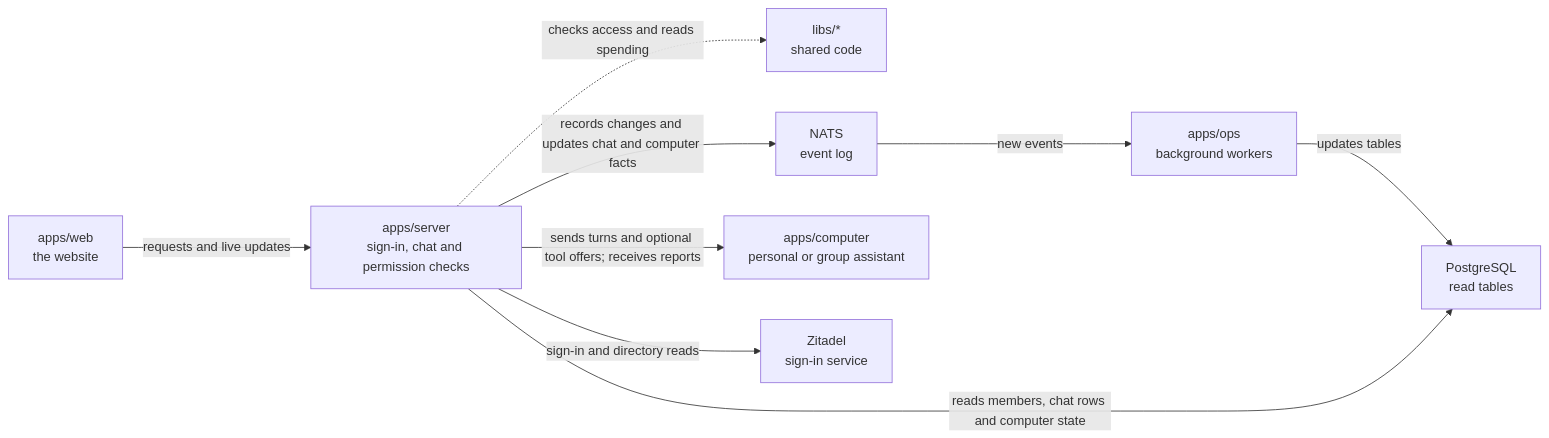
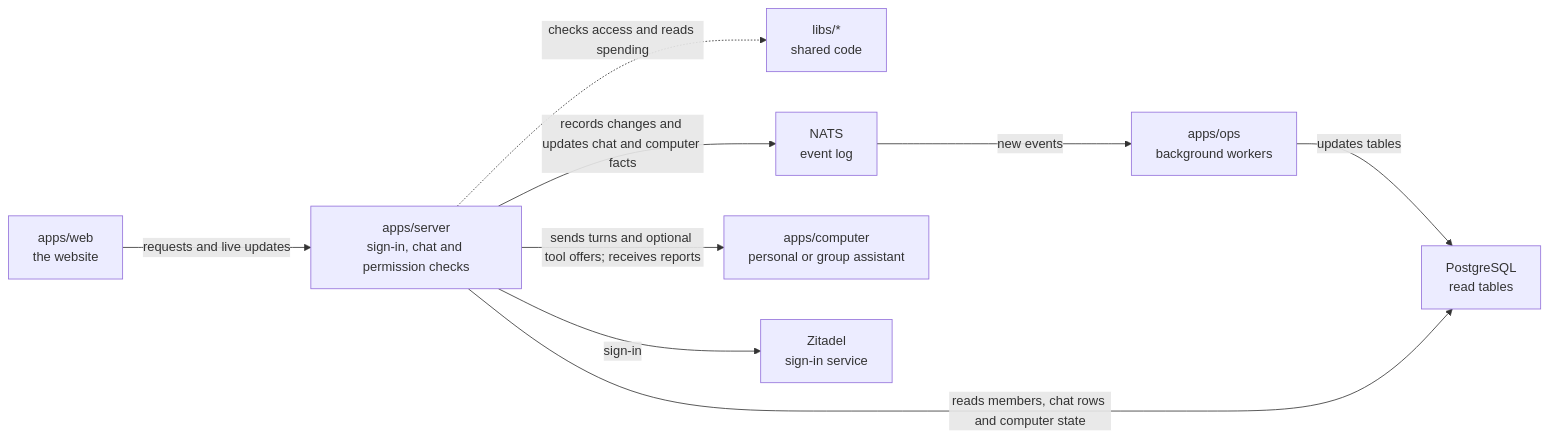
Before and after one commit to elewa-git/opencrane-new: the diagram in apps/server/README.md, drawn with Mermaid. The commit also changed other lines of this file and 25 other files, not shown here.

Commit message:
🔒 Check invitation emails without a Zitadel directory key.

````diff
--- a/apps/server/README.md
+++ b/apps/server/README.md
@@ -11,11 +11,11 @@
 ```mermaid
 flowchart LR
   web["apps/web<br/>the website"] -->|requests and live updates| server["apps/server<br/>sign-in, chat and permission checks"]
   server -.->|checks access and reads spending| libs["libs/*<br/>shared code"]
   server -->|records changes and updates chat and computer facts| nats["NATS<br/>event log"]
   nats -->|new events| ops["apps/ops<br/>background workers"]
   ops -->|updates tables| postgres["PostgreSQL<br/>read tables"]
   server -->|reads members, chat rows and computer state| postgres
   server -->|sends turns and optional tool offers; receives reports| computer["apps/computer<br/>personal or group assistant"]
-  server -->|sign-in and directory reads| zitadel["Zitadel<br/>sign-in service"]
+  server -->|sign-in| zitadel["Zitadel<br/>sign-in service"]
 ```
````
